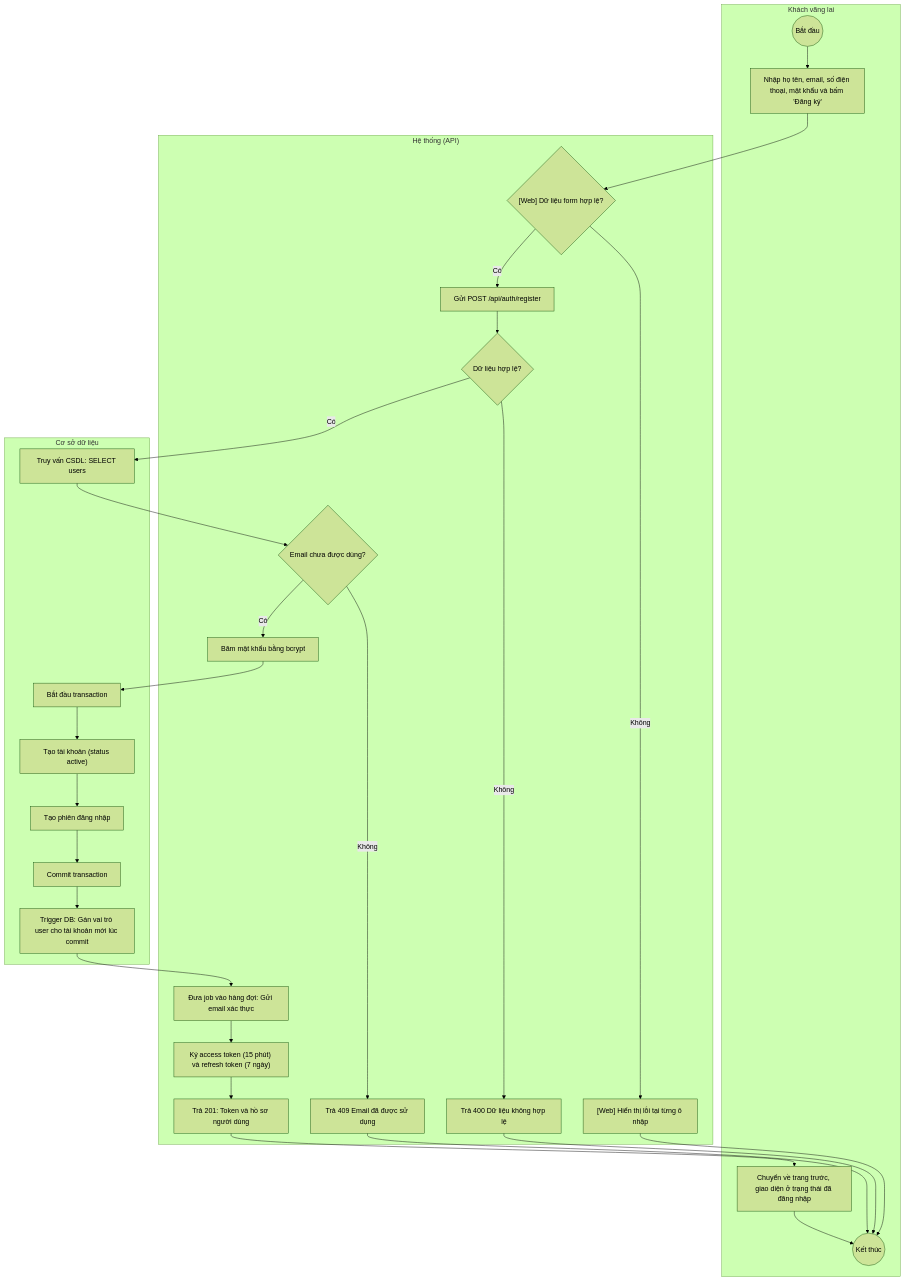
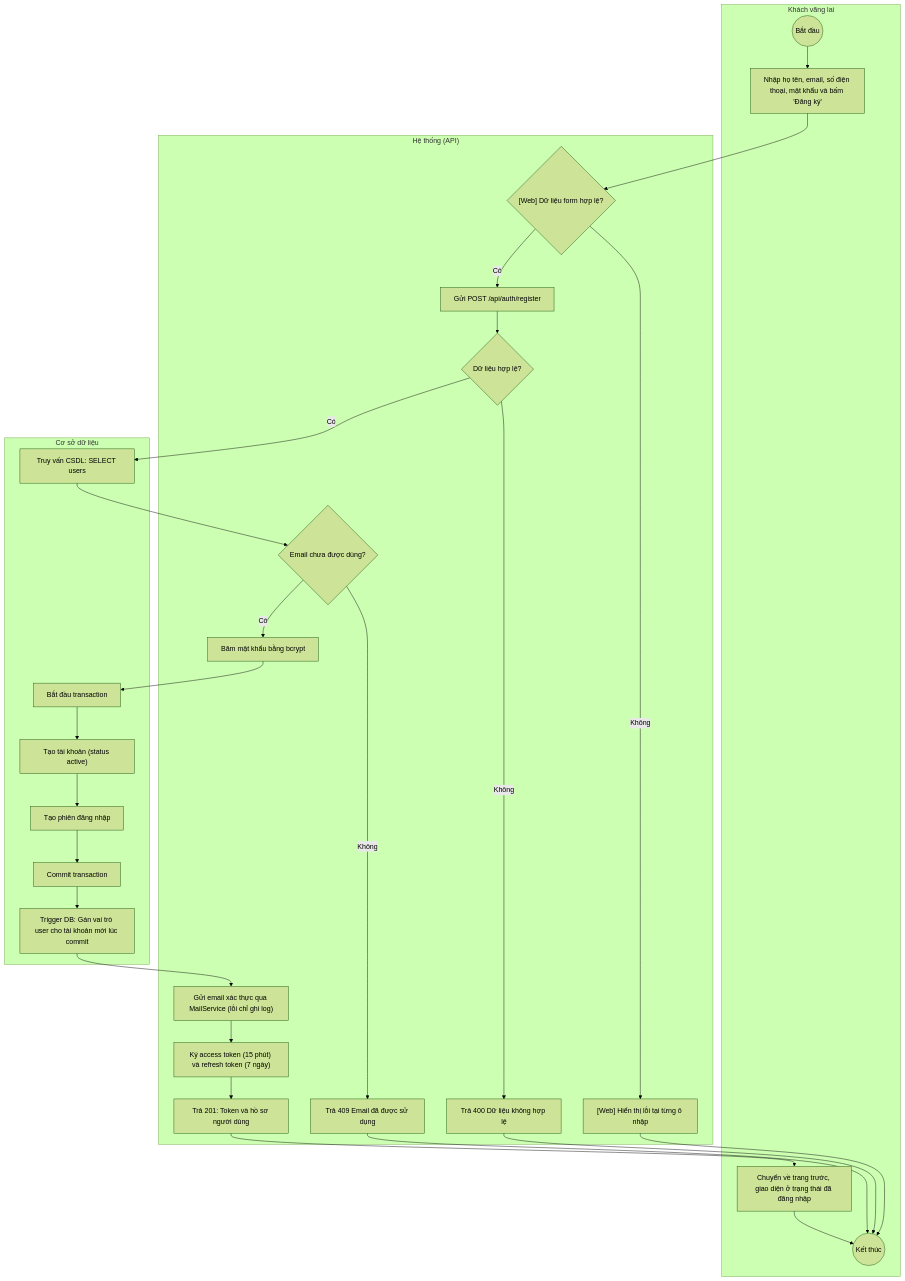
The diagram in docs/diagrams/src/activity_UC-AUTH-01_dang-ky-tai-khoan.mmd (2431540234-arch/XDUDTMDT), drawn with Mermaid (forest theme) before and after one commit. The commit also changed 184 other files, not shown here.

```diff
--- a/docs/diagrams/src/activity_UC-AUTH-01_dang-ky-tai-khoan.mmd
+++ b/docs/diagrams/src/activity_UC-AUTH-01_dang-ky-tai-khoan.mmd
@@ -1,51 +1,51 @@
 flowchart TD
     subgraph LANE_A["Khách vãng lai"]
         n1(("Bắt đầu"))
         n2["Nhập họ tên, email, số điện thoại, mật khẩu và bấm 'Đăng ký'"]
         n20["Chuyển về trang trước, giao diện ở trạng thái đã đăng nhập"]
         n21(("Kết thúc"))
     end
     subgraph LANE_S["Hệ thống (API)"]
         n3{"[Web] Dữ liệu form hợp lệ?"}
         n4["[Web] Hiển thị lỗi tại từng ô nhập"]
         n5["Gửi POST /api/auth/register"]
         n6{"Dữ liệu hợp lệ?"}
         n7["Trả 400 Dữ liệu không hợp lệ"]
         n9{"Email chưa được dùng?"}
         n10["Trả 409 Email đã được sử dụng"]
         n11["Băm mật khẩu bằng bcrypt"]
-        n17["Đưa job vào hàng đợi: Gửi email xác thực"]
+        n17["Gửi email xác thực qua MailService (lỗi chỉ ghi log)"]
         n18["Ký access token (15 phút) và refresh token (7 ngày)"]
         n19["Trả 201: Token và hồ sơ người dùng"]
     end
     subgraph LANE_D["Cơ sở dữ liệu"]
         n8["Truy vấn CSDL: SELECT users"]
         n12["Bắt đầu transaction"]
         n13["Tạo tài khoản (status active)"]
         n14["Tạo phiên đăng nhập"]
         n15["Commit transaction"]
         n16["Trigger DB: Gán vai trò user cho tài khoản mới lúc commit"]
     end
     n1 --> n2
     n2 --> n3
     n3 -->|"Không"| n4
     n3 -->|"Có"| n5
     n5 --> n6
     n6 -->|"Không"| n7
     n6 -->|"Có"| n8
     n8 --> n9
     n9 -->|"Không"| n10
     n9 -->|"Có"| n11
     n11 --> n12
     n12 --> n13
     n13 --> n14
     n14 --> n15
     n15 --> n16
     n16 --> n17
     n17 --> n18
     n18 --> n19
     n19 --> n20
     n20 --> n21
     n4 --> n21
     n7 --> n21
     n10 --> n21
```
